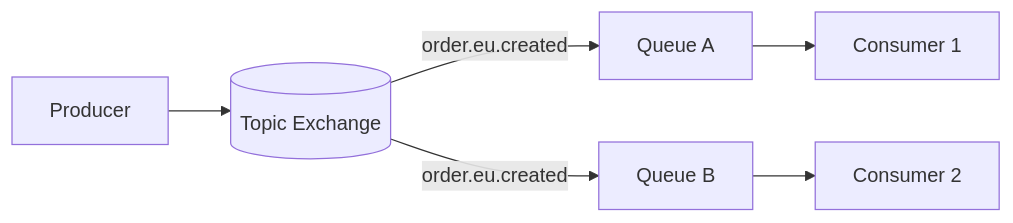
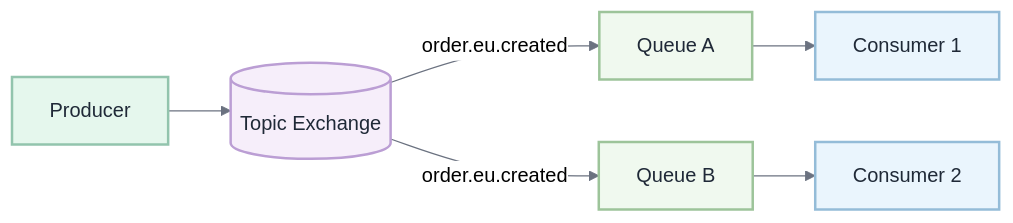
Before and after one commit to MishaSytch/middle_java_back: the first of 5 diagrams in docs/interview/rabbitmq.md, drawn with Mermaid. The commit also changed other lines of this file and 15 other files, not shown here.

````diff
--- a/docs/interview/rabbitmq.md
+++ b/docs/interview/rabbitmq.md
@@ -69,8 +69,19 @@
 ```mermaid
+%%{init: { 'theme': 'neutral', 'themeVariables': { 'primaryColor': '#ffffff', 'primaryTextColor': '#1f2937', 'lineColor': '#6b7280', 'primaryBorderColor': '#d1d5db', 'secondaryColor': '#f3f4f6', 'tertiaryColor': '#e5e7eb' } } }%%
 flowchart LR
     P[Producer] --> TX[(Topic Exchange)]
     TX -->|order.eu.created| Q1[Queue A]
     TX -->|order.eu.created| Q2[Queue B]
     Q1 --> C1[Consumer 1]
     Q2 --> C2[Consumer 2]
+    classDef n0 fill:#e5f7ed,stroke:#92c4ad,stroke-width:2px,color:#1f2937
+    classDef n1 fill:#f6eefa,stroke:#bb9ed4,stroke-width:2px,color:#1f2937
+    classDef n2 fill:#f0f9ef,stroke:#9dc49a,stroke-width:2px,color:#1f2937
+    classDef n3 fill:#eaf5fd,stroke:#94bcd8,stroke-width:2px,color:#1f2937
+    class P n0
+    class TX n1
+    class Q1 n2
+    class Q2 n2
+    class C1 n3
+    class C2 n3
 ```
````
